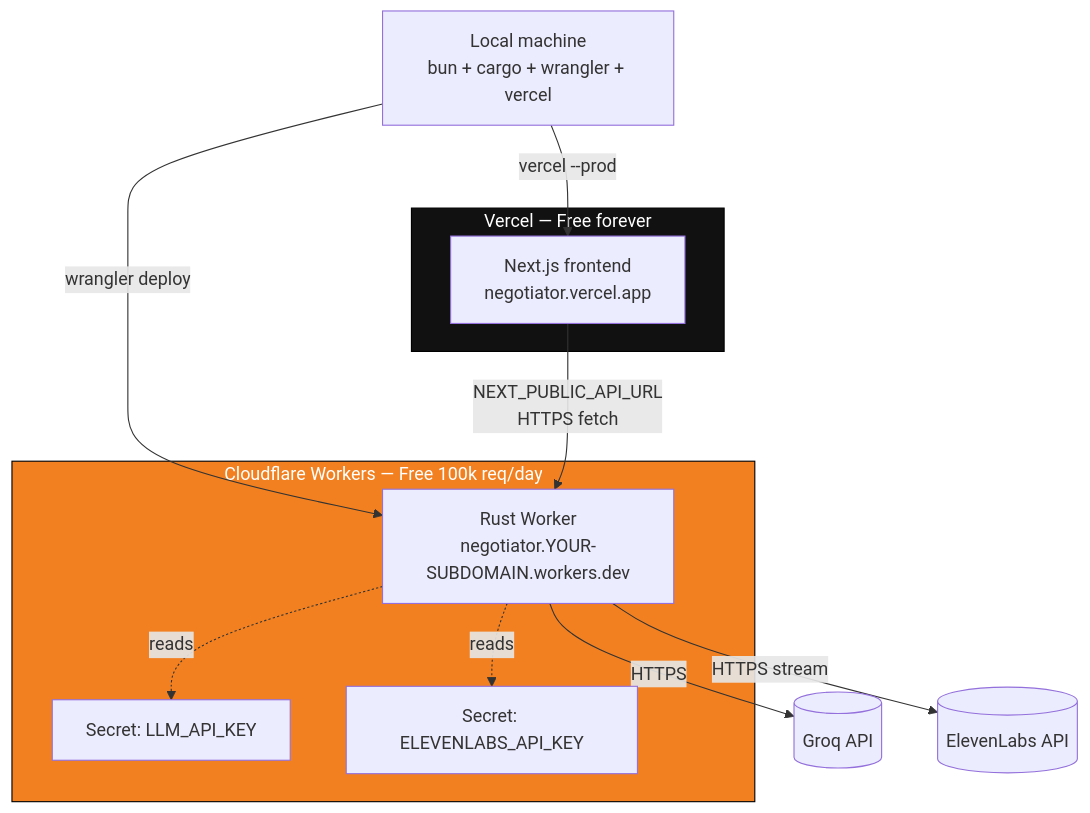
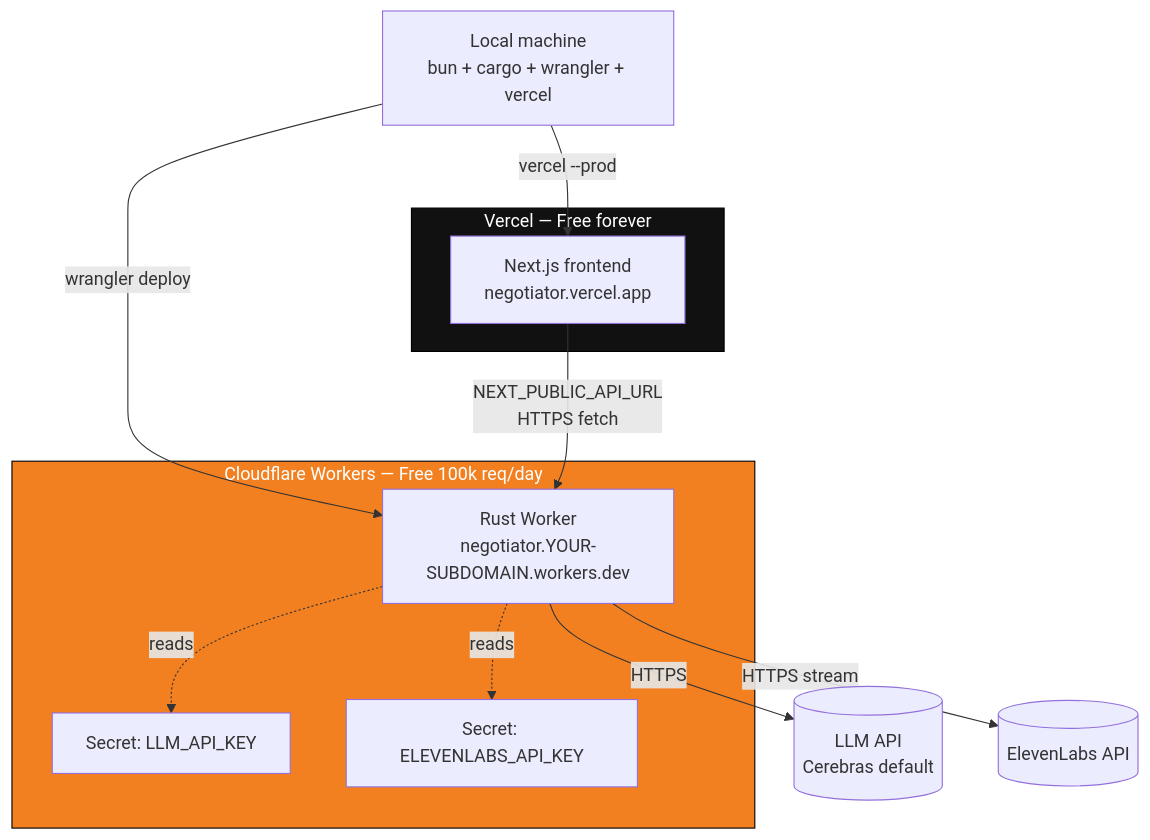
One commit to AnkanMisra/Negotiator changed the second of 2 diagrams in docs/DEPLOYMENT.md. Above: the diagram before and after it, drawn with Mermaid. The commit also changed other lines of this file and 11 other files, not shown here.

First line of the commit message:
Finish Groq→LLM rename sweep from PR review

````diff
--- a/docs/DEPLOYMENT.md
+++ b/docs/DEPLOYMENT.md
@@ -30,26 +30,26 @@
 ```mermaid
 flowchart TB
     DEV[Local machine<br/>bun + cargo + wrangler + vercel]
 
     subgraph vercel[Vercel — Free forever]
         FE[Next.js frontend<br/>negotiator.vercel.app]
     end
 
     subgraph cf[Cloudflare Workers — Free 100k req/day]
         BE[Rust Worker<br/>negotiator.YOUR-SUBDOMAIN.workers.dev]
         SEC1[Secret: LLM_API_KEY]
         SEC2[Secret: ELEVENLABS_API_KEY]
         BE -.reads.-> SEC1
         BE -.reads.-> SEC2
     end
 
     DEV -->|vercel --prod| FE
     DEV -->|wrangler deploy| BE
 
     FE -->|NEXT_PUBLIC_API_URL<br/>HTTPS fetch| BE
-    BE -->|HTTPS| GROQ[(Groq API)]
+    BE -->|HTTPS| LLM[(LLM API<br/>Cerebras default)]
     BE -->|HTTPS stream| EL[(ElevenLabs API)]
 
     style vercel fill:#111,stroke:#000,color:#fff
     style cf fill:#f38020,stroke:#000,color:#fff
 ```
````
